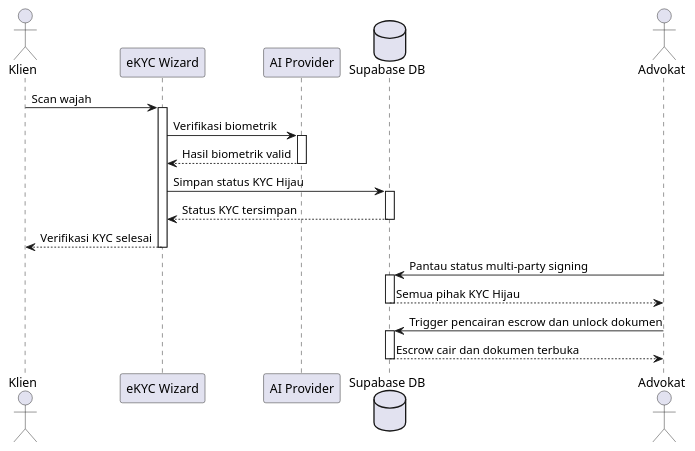
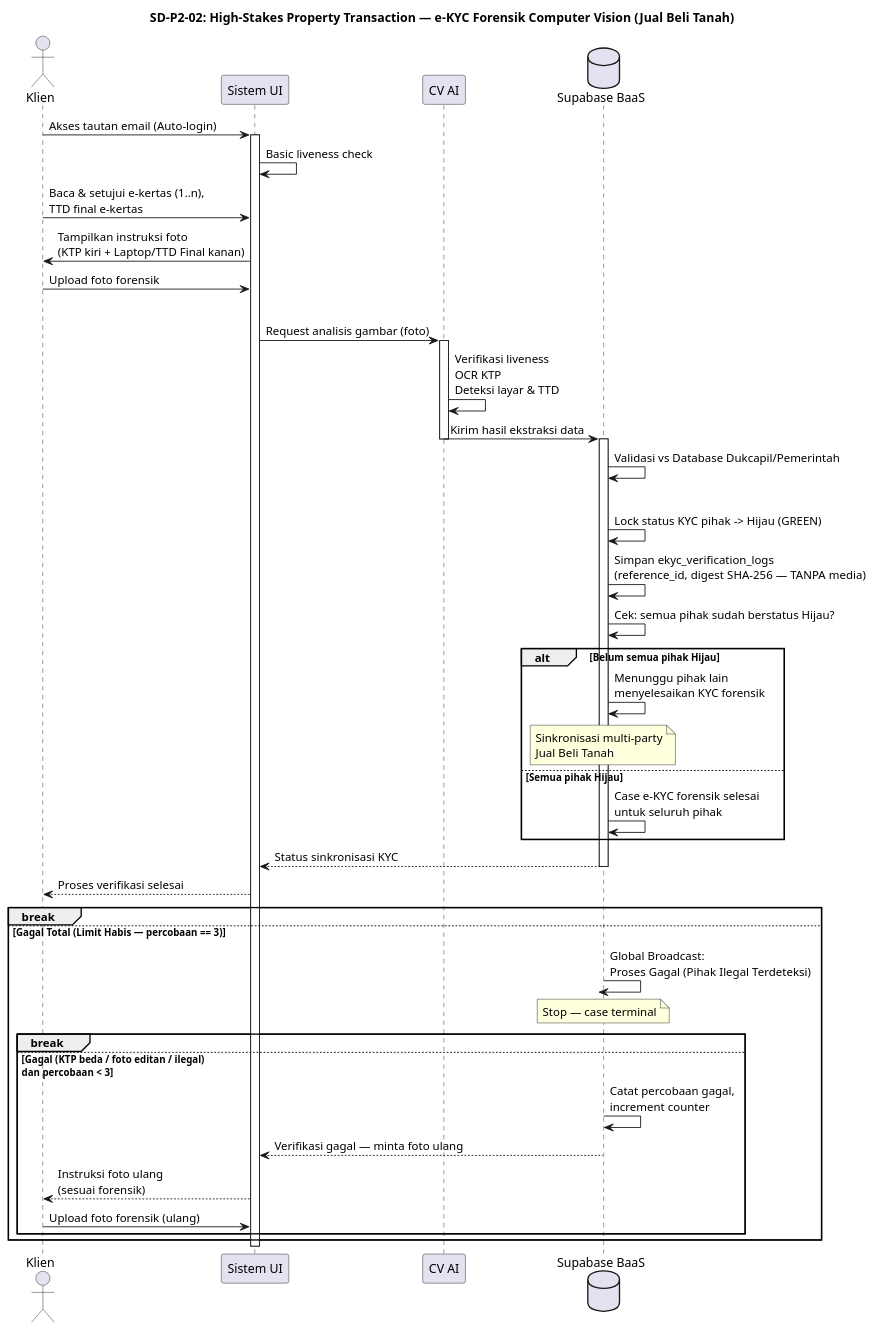
Before and after one commit to tupperwureism/SuperApp-Gagal: the second of 2 diagrams in MarkDown/PHASE_2_USE_CASES_AND_DIAGRAMS.md, drawn with PlantUML. The commit also changed other lines of this file, not shown here.

Commit message:
docs(phase2): sync sequence diagram with new computer vision property transaction workflow

````diff
--- a/MarkDown/PHASE_2_USE_CASES_AND_DIAGRAMS.md
+++ b/MarkDown/PHASE_2_USE_CASES_AND_DIAGRAMS.md
@@ -58,32 +60,60 @@
 ```plantuml
 @startuml
+title SD-P2-02: High-Stakes Property Transaction — e-KYC Forensik Computer Vision (Jual Beli Tanah)
+
 actor Klien
-participant "eKYC Wizard" as UI
-participant "AI Provider" as AI
-database "Supabase DB" as DB
-actor Advokat
+participant "Sistem UI" as UI
+participant "CV AI" as CV
+database "Supabase BaaS" as DB
 
-Klien -> UI: Scan wajah
+Klien -> UI: Akses tautan email (Auto-login)
 activate UI
-UI -> AI: Verifikasi biometrik
-activate AI
-AI --> UI: Hasil biometrik valid
-deactivate AI
-UI -> DB: Simpan status KYC Hijau
-activate DB
-DB --> UI: Status KYC tersimpan
-deactivate DB
-UI --> Klien: Verifikasi KYC selesai
+UI -> UI: Basic liveness check
+
+Klien -> UI: Baca & setujui e-kertas (1..n),\nTTD final e-kertas
+
+UI -> Klien: Tampilkan instruksi foto\n(KTP kiri + Laptop/TTD Final kanan)
+Klien -> UI: Upload foto forensik
+
+loop Max 3 percobaan forensik
+  UI -> CV: Request analisis gambar (foto)
+  activate CV
+  CV -> CV: Verifikasi liveness\nOCR KTP\nDeteksi layar & TTD
+  CV -> DB: Kirim hasil ekstraksi data
+  deactivate CV
+
+  activate DB
+  DB -> DB: Validasi vs Database Dukcapil/Pemerintah
+
+  alt Sukses (Validasi Cocok)
+    DB -> DB: Lock status KYC pihak -> Hijau (GREEN)
+    DB -> DB: Simpan ekyc_verification_logs\n(reference_id, digest SHA-256 — TANPA media)
+    DB -> DB: Cek: semua pihak sudah berstatus Hijau?
+    alt Belum semua pihak Hijau
+      DB -> DB: Menunggu pihak lain\nmenyelesaikan KYC forensik
+      note over DB: Sinkronisasi multi-party\nJual Beli Tanah
+    else Semua pihak Hijau
+      DB -> DB: Case e-KYC forensik selesai\nuntuk seluruh pihak
+    end
+    DB --> UI: Status sinkronisasi KYC
+    deactivate DB
+    UI --> Klien: Proses verifikasi selesai
+    break
+  else Gagal Total (Limit Habis — percobaan == 3)
+    DB -> DB: Global Broadcast:\nProses Gagal (Pihak Ilegal Terdeteksi)
+    note over DB: Stop — case terminal
+    deactivate DB
+    break
+  else Gagal (KTP beda / foto editan / ilegal)\ndan percobaan < 3
+    DB -> DB: Catat percobaan gagal,\nincrement counter
+    DB --> UI: Verifikasi gagal — minta foto ulang
+    deactivate DB
+    UI --> Klien: Instruksi foto ulang\n(sesuai forensik)
+    Klien -> UI: Upload foto forensik (ulang)
+  end
+end
+
 deactivate UI
 
-Advokat -> DB: Pantau status multi-party signing
-activate DB
-DB --> Advokat: Semua pihak KYC Hijau
-deactivate DB
-
-Advokat -> DB: Trigger pencairan escrow dan unlock dokumen
-activate DB
-DB --> Advokat: Escrow cair dan dokumen terbuka
-deactivate DB
 @enduml
 ```
````
